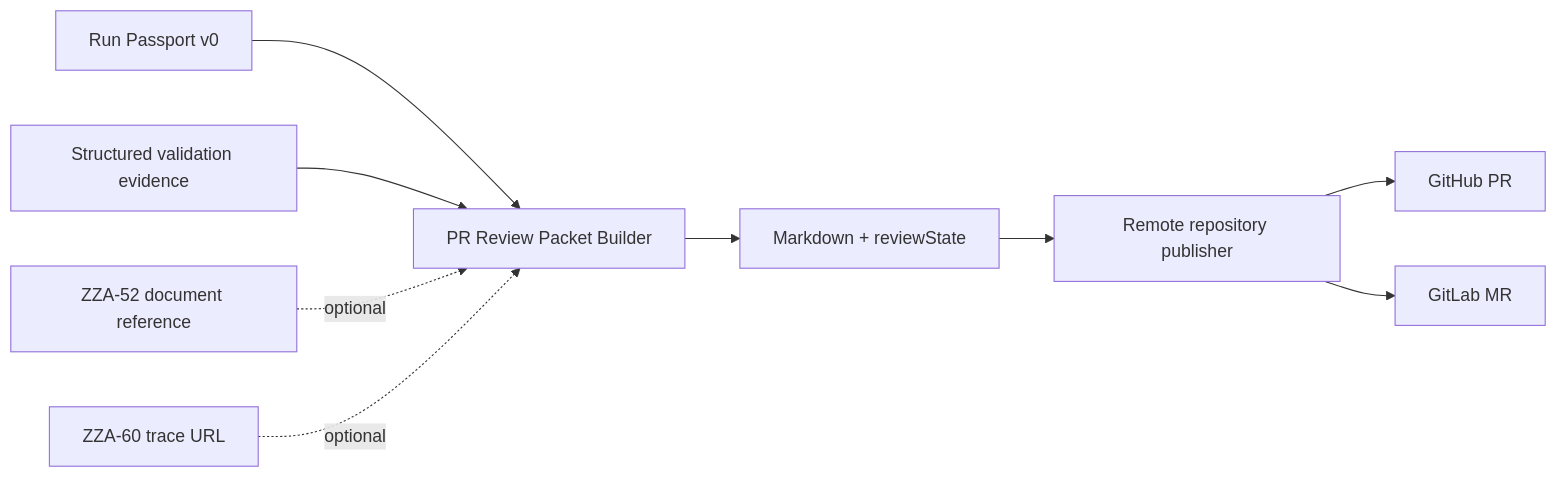
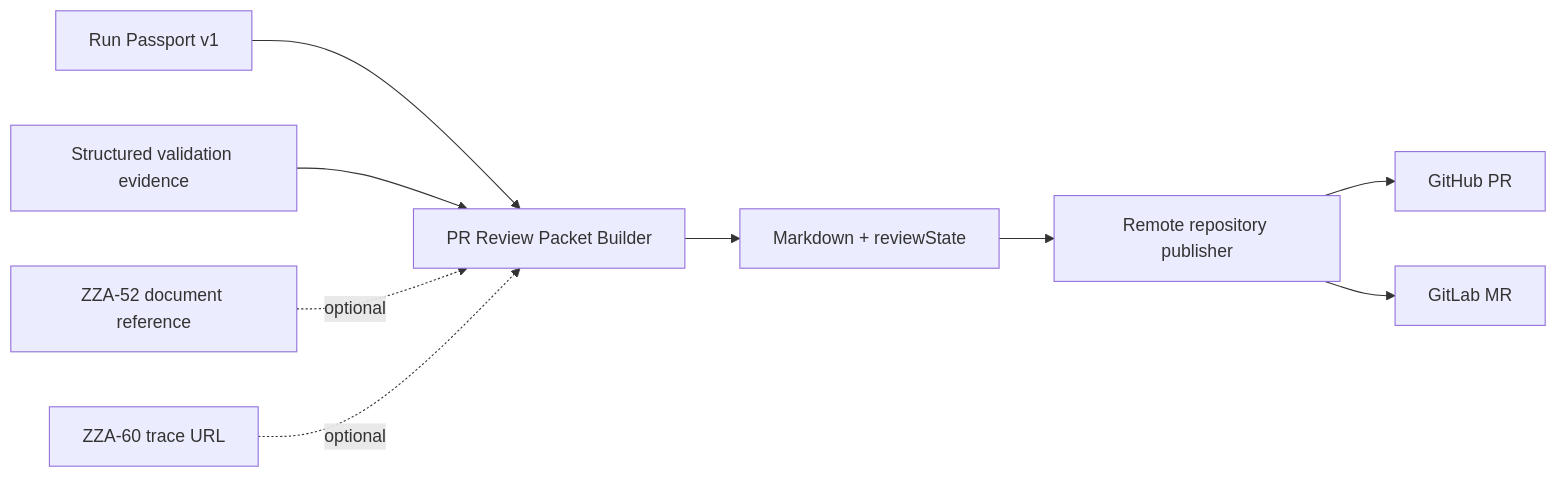
One commit to zzanghyunmoo/ReplaceMe changed the diagram in docs/plans/2026-07-13-003-feat-github-pr-review-packet-plan.md. Above: the diagram before and after it, drawn with Mermaid. The commit also changed other lines of this file and 29 other files, not shown here.

````diff
--- a/docs/plans/2026-07-13-003-feat-github-pr-review-packet-plan.md
+++ b/docs/plans/2026-07-13-003-feat-github-pr-review-packet-plan.md
@@ -279,11 +279,11 @@
 ```mermaid
 flowchart LR
-  Passport[Run Passport v0] --> Builder[PR Review Packet Builder]
+  Passport[Run Passport v1] --> Builder[PR Review Packet Builder]
   Evidence[Structured validation evidence] --> Builder
   Notion[ZZA-52 document reference] -. optional .-> Builder
   Langfuse[ZZA-60 trace URL] -. optional .-> Builder
   Builder --> Packet[Markdown + reviewState]
   Packet --> Pub[Remote repository publisher]
   Pub --> GitHub[GitHub PR]
   Pub --> GitLab[GitLab MR]
 ```
````
